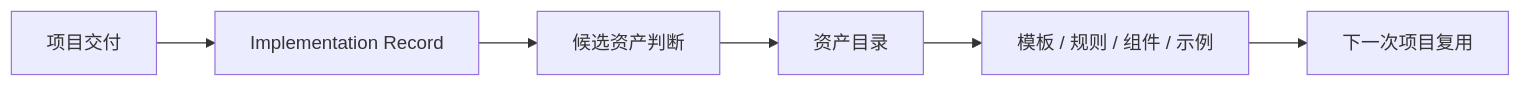
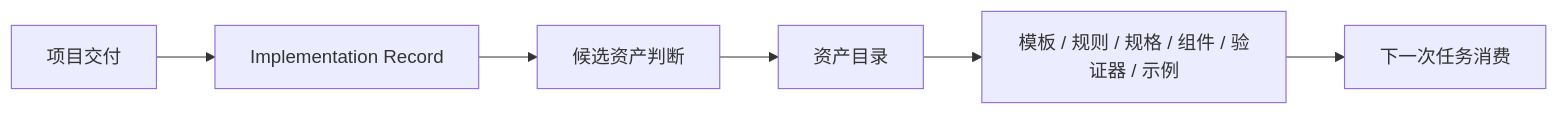
One commit to clarence1026/Spec-Driven-Development changed the diagram in docs/14-资产升级规则.md. Above: the diagram before and after it, drawn with Mermaid. The commit also changed other lines of this file and 16 other files, not shown here.

````diff
--- a/docs/14-资产升级规则.md
+++ b/docs/14-资产升级规则.md
@@ -43,8 +68,8 @@
 ```mermaid
 flowchart LR
     A[项目交付] --> B[Implementation Record]
     B --> C[候选资产判断]
     C --> D[资产目录]
-    D --> E[模板 / 规则 / 组件 / 示例]
-    E --> F[下一次项目复用]
+    D --> E[模板 / 规则 / 规格 / 组件 / 验证器 / 示例]
+    E --> F[下一次任务消费]
 ```
````
